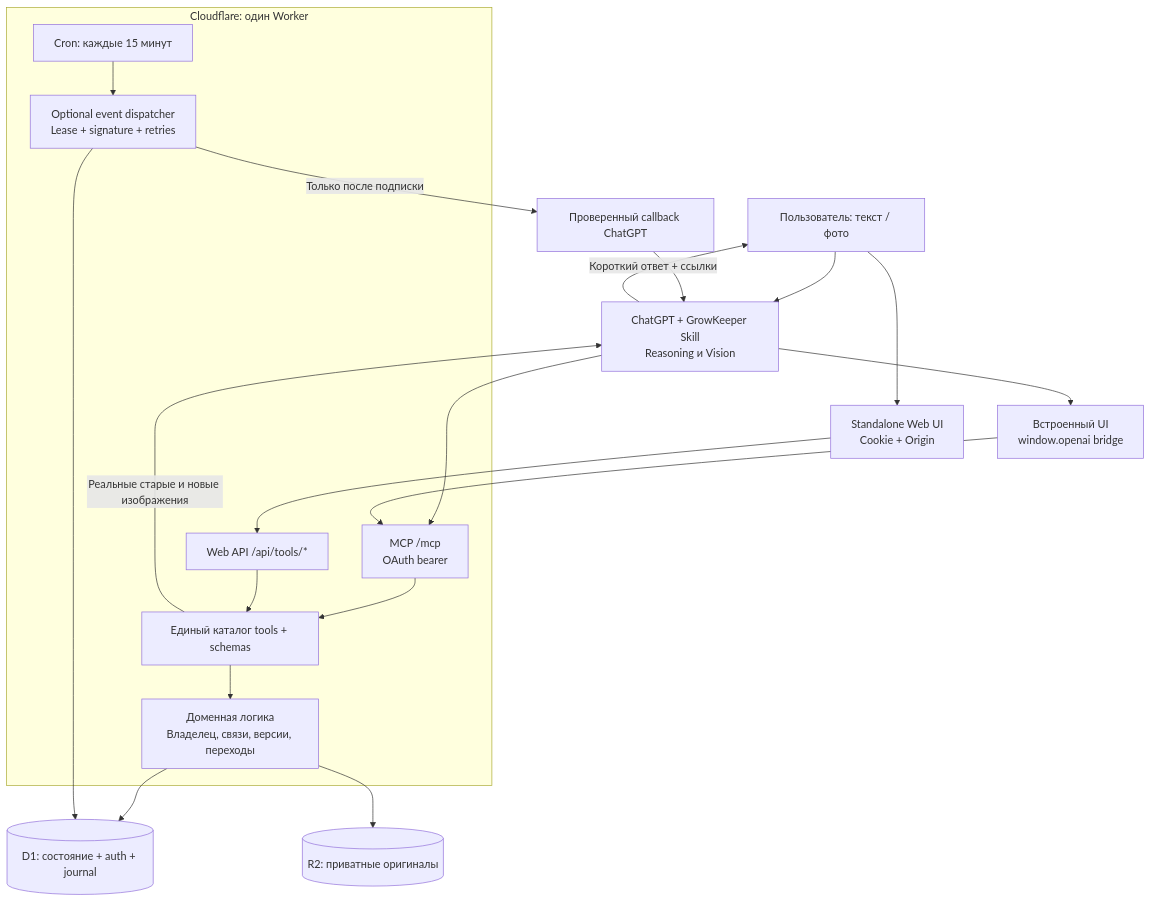
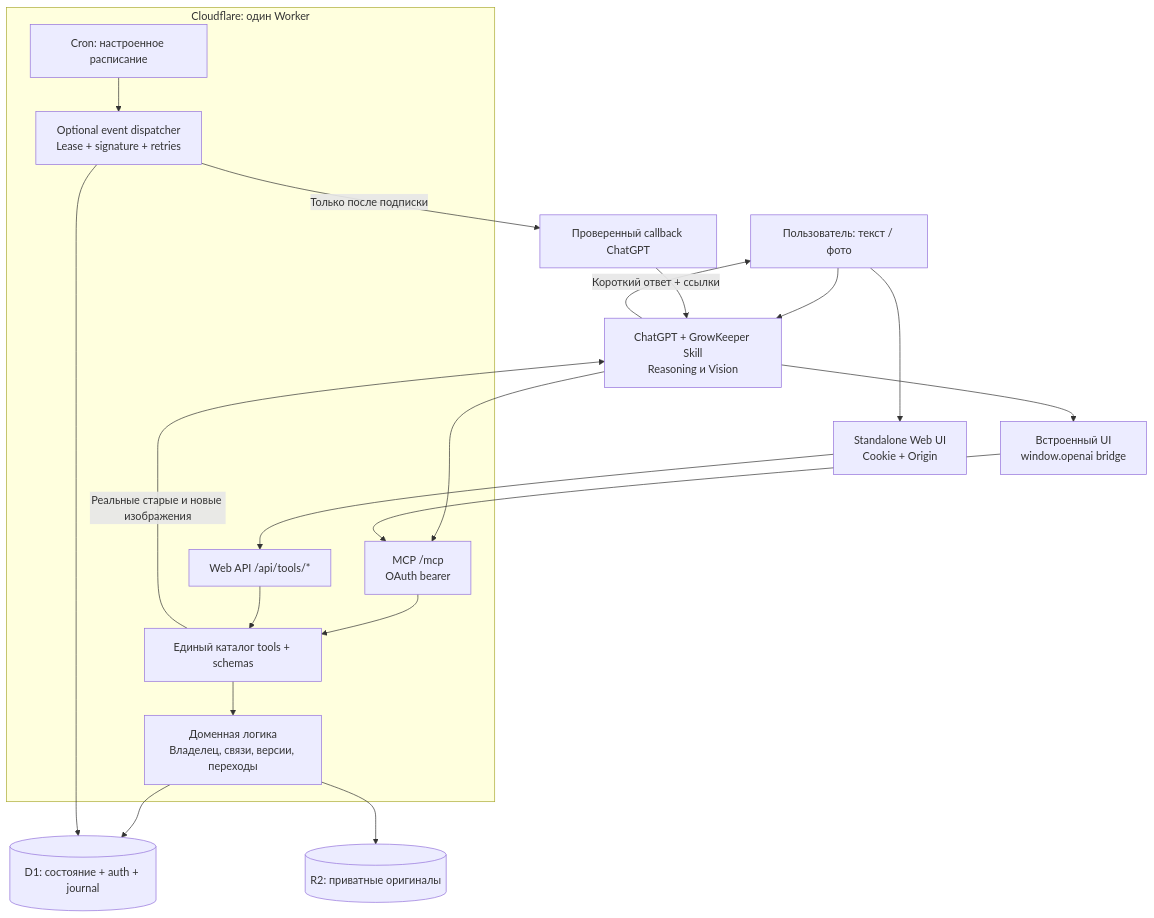
One commit to nicelight/growkeeper changed the diagram in docs/diagrams/01-architecture.mmd. Above: the diagram before and after it, drawn with Mermaid. The commit also changed 45 other files, not shown here.

```diff
--- a/docs/diagrams/01-architecture.mmd
+++ b/docs/diagrams/01-architecture.mmd
@@ -1,20 +1,20 @@
 flowchart TD
     User["Пользователь: текст / фото"] --> Chat["ChatGPT + GrowKeeper Skill\nReasoning и Vision"]
     Chat --> MCP["MCP /mcp\nOAuth bearer"]
     User --> Web["Standalone Web UI\nCookie + Origin"]
     Chat --> Widget["Встроенный UI\nwindow.openai bridge"]
     Widget --> MCP
     Web --> API["Web API /api/tools/*"]
     subgraph CF["Cloudflare: один Worker"]
         MCP --> Tools["Единый каталог tools + schemas"]
         API --> Tools
         Tools --> Domain["Доменная логика\nВладелец, связи, версии, переходы"]
-        Cron["Cron: каждые 15 минут"] --> Delivery["Optional event dispatcher\nLease + signature + retries"]
+        Cron["Cron: настроенное расписание"] --> Delivery["Optional event dispatcher\nLease + signature + retries"]
     end
     Domain --> DB[("D1: состояние + auth + journal")]
     Domain --> R2[("R2: приватные оригиналы")]
     Delivery --> DB
     Delivery -->|"Только после подписки"| Callback["Проверенный callback ChatGPT"]
     Callback --> Chat
     Tools -->|"Реальные старые и новые изображения"| Chat
     Chat -->|"Короткий ответ + ссылки"| User
```
